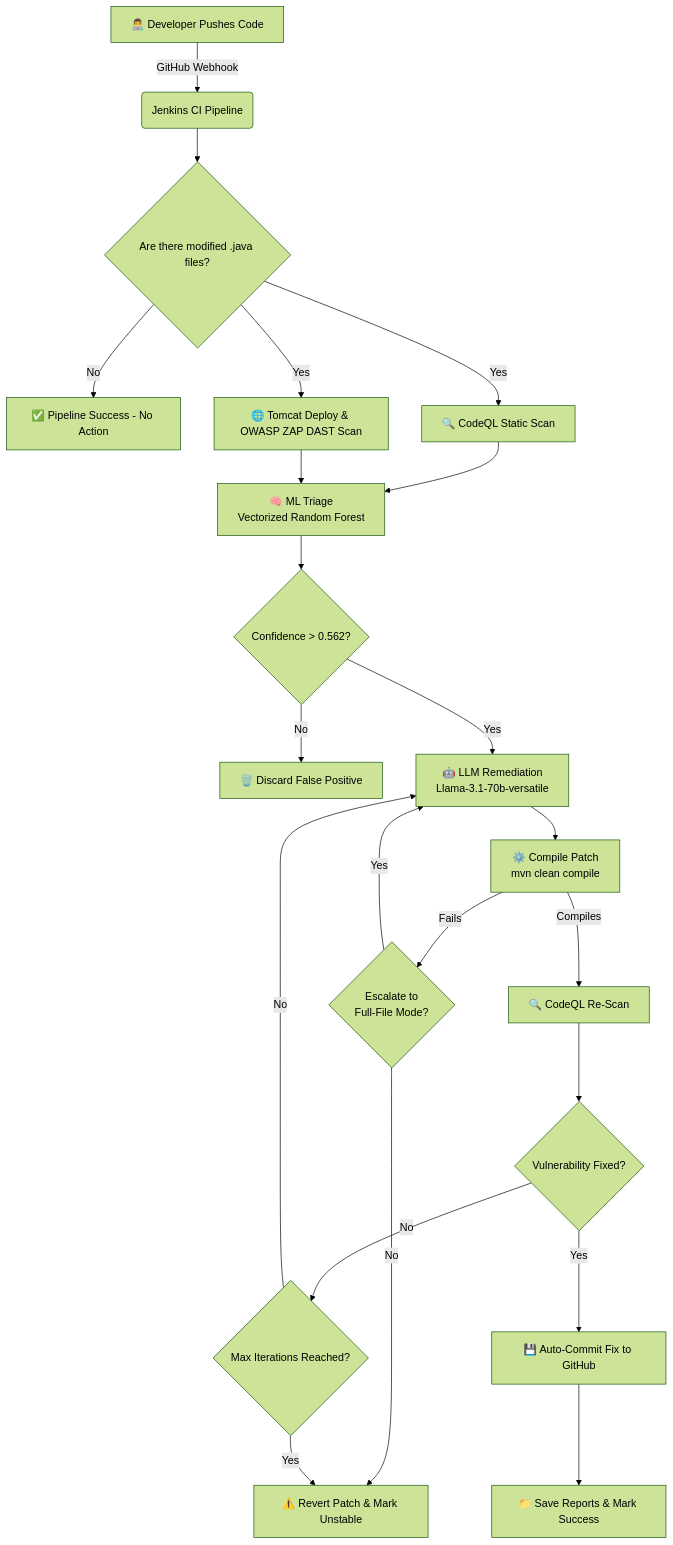
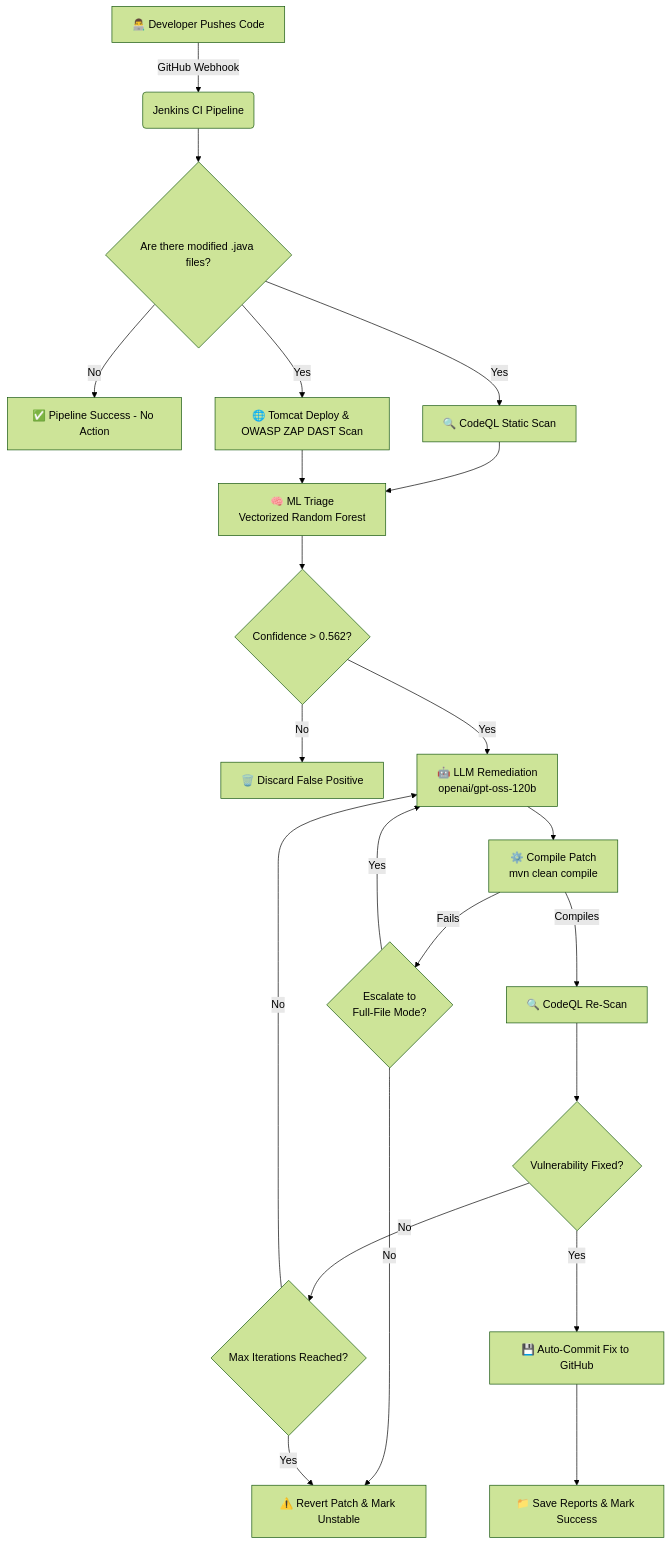
Before and after one commit to Buddha-11/VulnAgent: the diagram in README.md, drawn with Mermaid (forest theme). The commit also changed other lines of this file and 3 other files, not shown here.

Commit message:
Update model to openai/gpt-oss-120b and trigger Jenkins

````diff
--- a/README.md
+++ b/README.md
@@ -53,29 +53,29 @@
 ```mermaid
 graph TD
     A[👨‍💻 Developer Pushes Code] -->|GitHub Webhook| B(Jenkins CI Pipeline)
     B --> C{Are there modified .java files?}
     C -- No --> D[✅ Pipeline Success - No Action]
     C -- Yes --> E[🔍 CodeQL Static Scan]
     C -- Yes --> E2[🌐 Tomcat Deploy & OWASP ZAP DAST Scan]
     
     E --> F[🧠 ML Triage <br/> Vectorized Random Forest]
     E2 --> F
     
     F --> G{Confidence > 0.562?}
     G -- No --> H[🗑️ Discard False Positive]
-    G -- Yes --> I[🤖 LLM Remediation <br/> Llama-3.1-70b-versatile]
+    G -- Yes --> I[🤖 LLM Remediation <br/> openai/gpt-oss-120b]
     
     I --> J[⚙️ Compile Patch <br/> mvn clean compile]
     J -- Fails --> K{Escalate to <br/> Full-File Mode?}
     K -- Yes --> I
     K -- No --> L[⚠️ Revert Patch & Mark Unstable]
     
     J -- Compiles --> M[🔍 CodeQL Re-Scan]
     M --> N{Vulnerability Fixed?}
     N -- No --> O{Max Iterations Reached?}
     O -- No --> I
     O -- Yes --> L
     
     N -- Yes --> P[💾 Auto-Commit Fix to GitHub]
     P --> Q[📁 Save Reports & Mark Success]
 ```
````
